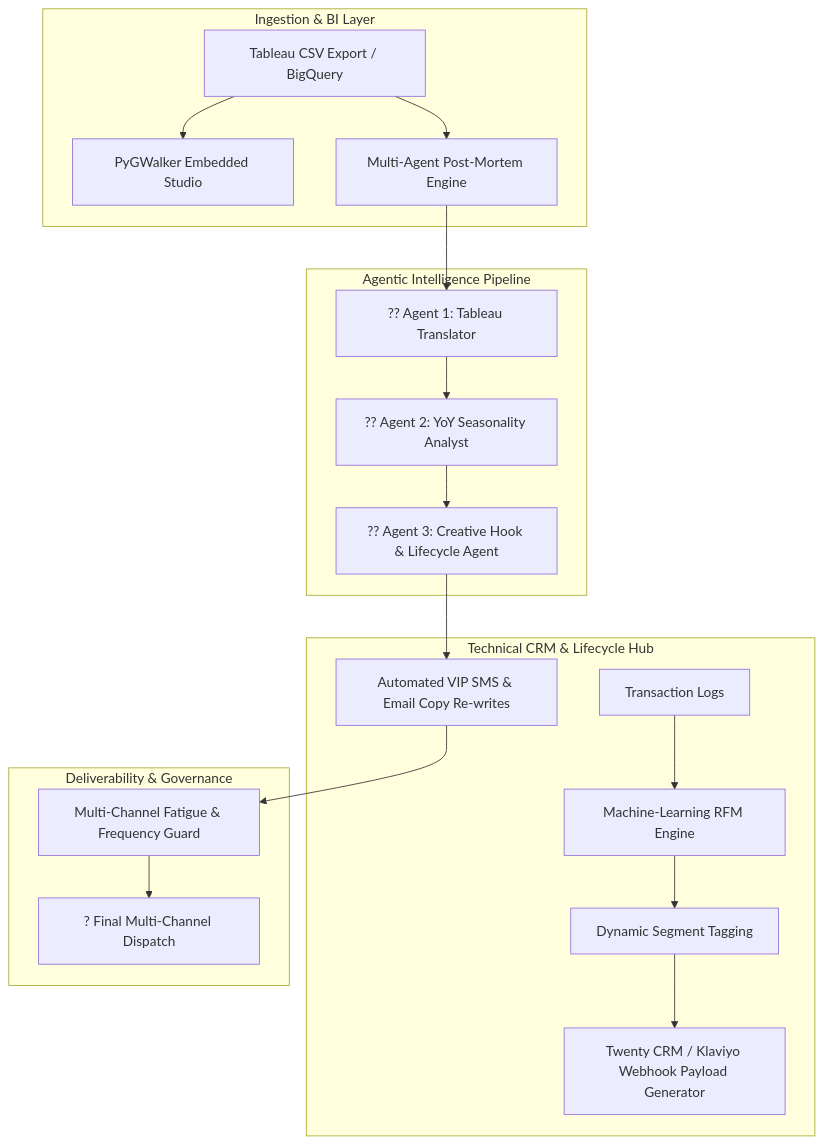
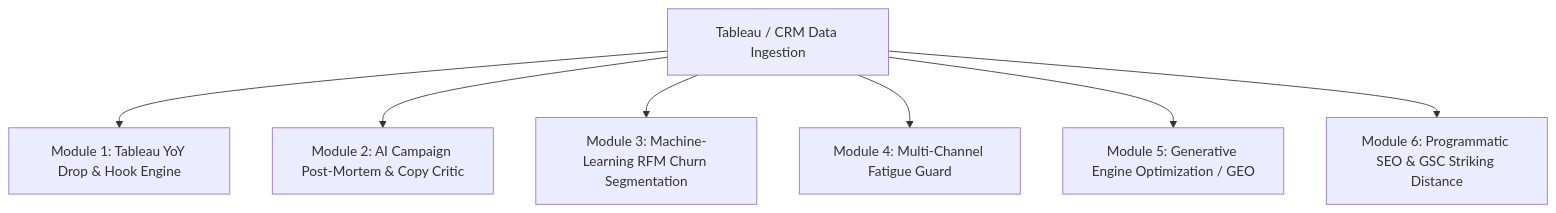
The diagram in README.md (Faizan021/growth-intelligence-engine), drawn with Mermaid before and after one commit. The commit also changed other lines of this file, not shown here.

````diff
--- a/README.md
+++ b/README.md
@@ -15,25 +26,9 @@
 ```mermaid
 graph TD
-    subgraph Ingestion & BI Layer
-        A[Tableau CSV Export / BigQuery] --> B[PyGWalker Embedded Studio]
-        A --> C[Multi-Agent Post-Mortem Engine]
-    end
-
-    subgraph Agentic Intelligence Pipeline
-        C --> D[?? Agent 1: Tableau Translator]
-        D --> E[?? Agent 2: YoY Seasonality Analyst]
-        E --> F[?? Agent 3: Creative Hook & Lifecycle Agent]
-    end
-
-    subgraph Technical CRM & Lifecycle Hub
-        G[Transaction Logs] --> H[Machine-Learning RFM Engine]
-        H --> I[Dynamic Segment Tagging]
-        I --> J[Twenty CRM / Klaviyo Webhook Payload Generator]
-        F --> K[Automated VIP SMS & Email Copy Re-writes]
-    end
-
-    subgraph Deliverability & Governance
-        K --> L[Multi-Channel Fatigue & Frequency Guard]
-        L --> M[? Final Multi-Channel Dispatch]
-    end
+    A[Tableau / CRM Data Ingestion] --> B[Module 1: Tableau YoY Drop & Hook Engine]
+    A --> C[Module 2: AI Campaign Post-Mortem & Copy Critic]
+    A --> D[Module 3: Machine-Learning RFM Churn Segmentation]
+    A --> E[Module 4: Multi-Channel Fatigue Guard]
+    A --> F[Module 5: Generative Engine Optimization / GEO]
+    A --> G[Module 6: Programmatic SEO & GSC Striking Distance]
 ```
````
